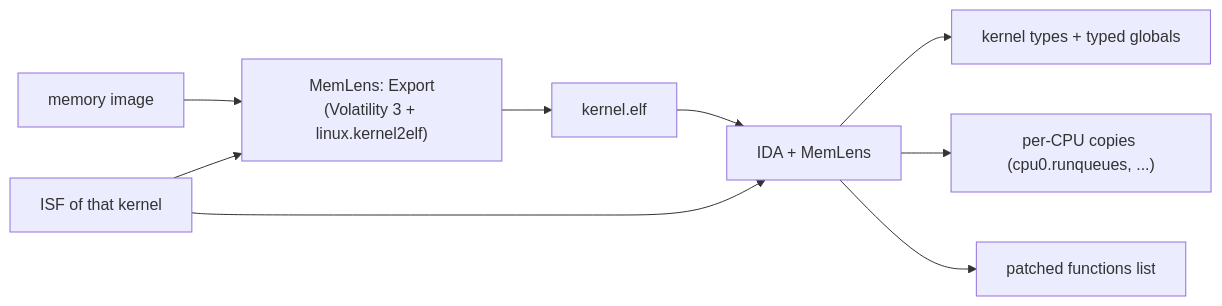
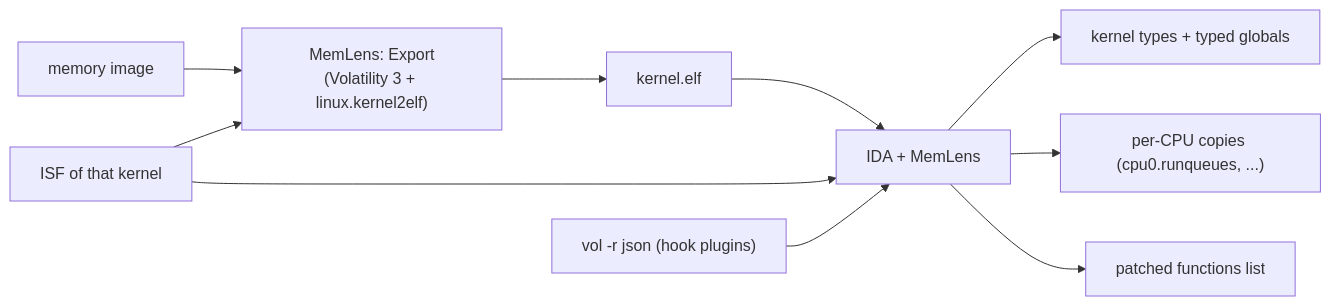
One commit to nightshift-labs-ai/memlens changed the diagram in README.md. Above: the diagram before and after it, drawn with Mermaid. The commit also changed other lines of this file, not shown here.

First line of the commit message:
review s200 combine197: README What it does lists Volatility's hook findings in the list

````diff
--- a/README.md
+++ b/README.md
@@ -179,11 +179,12 @@
 ```mermaid
 flowchart LR
   img[memory image] --> vol["MemLens: Export<br/>(Volatility 3 + linux.kernel2elf)"]
   isf[ISF of that kernel] --> vol
   vol --> elf[kernel.elf]
   elf --> ida[IDA + MemLens]
   isf --> ida
   ida --> types[kernel types + typed globals]
   ida --> pcpu["per-CPU copies (cpu0.runqueues, ...)"]
+  vj["vol -r json (hook plugins)"] --> ida
   ida --> hooks[patched functions list]
 ```
````
